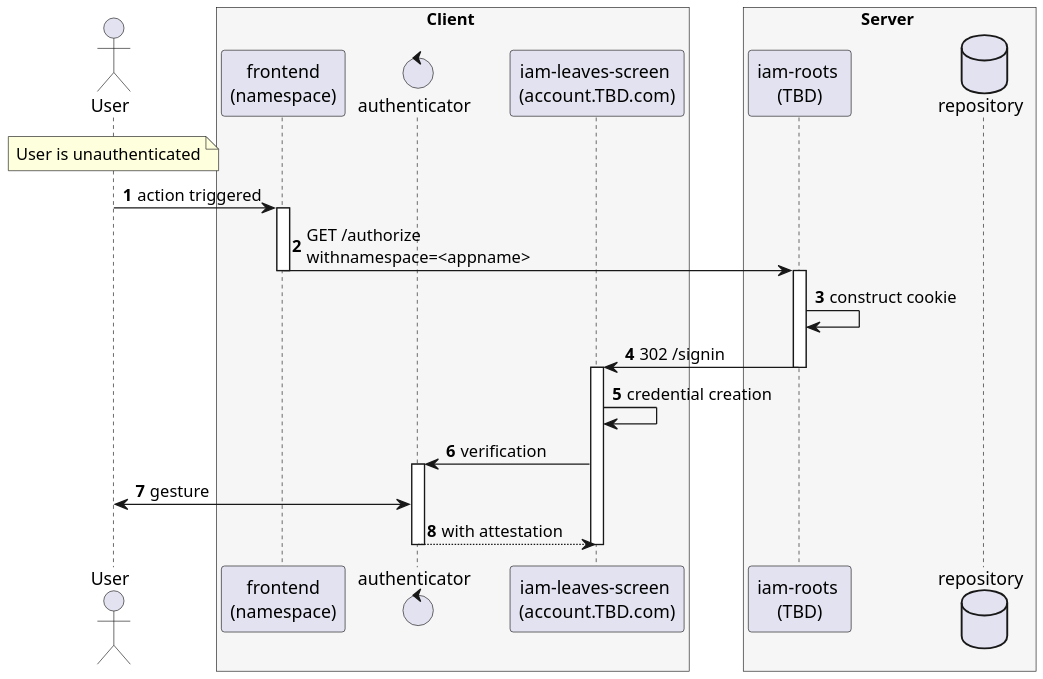
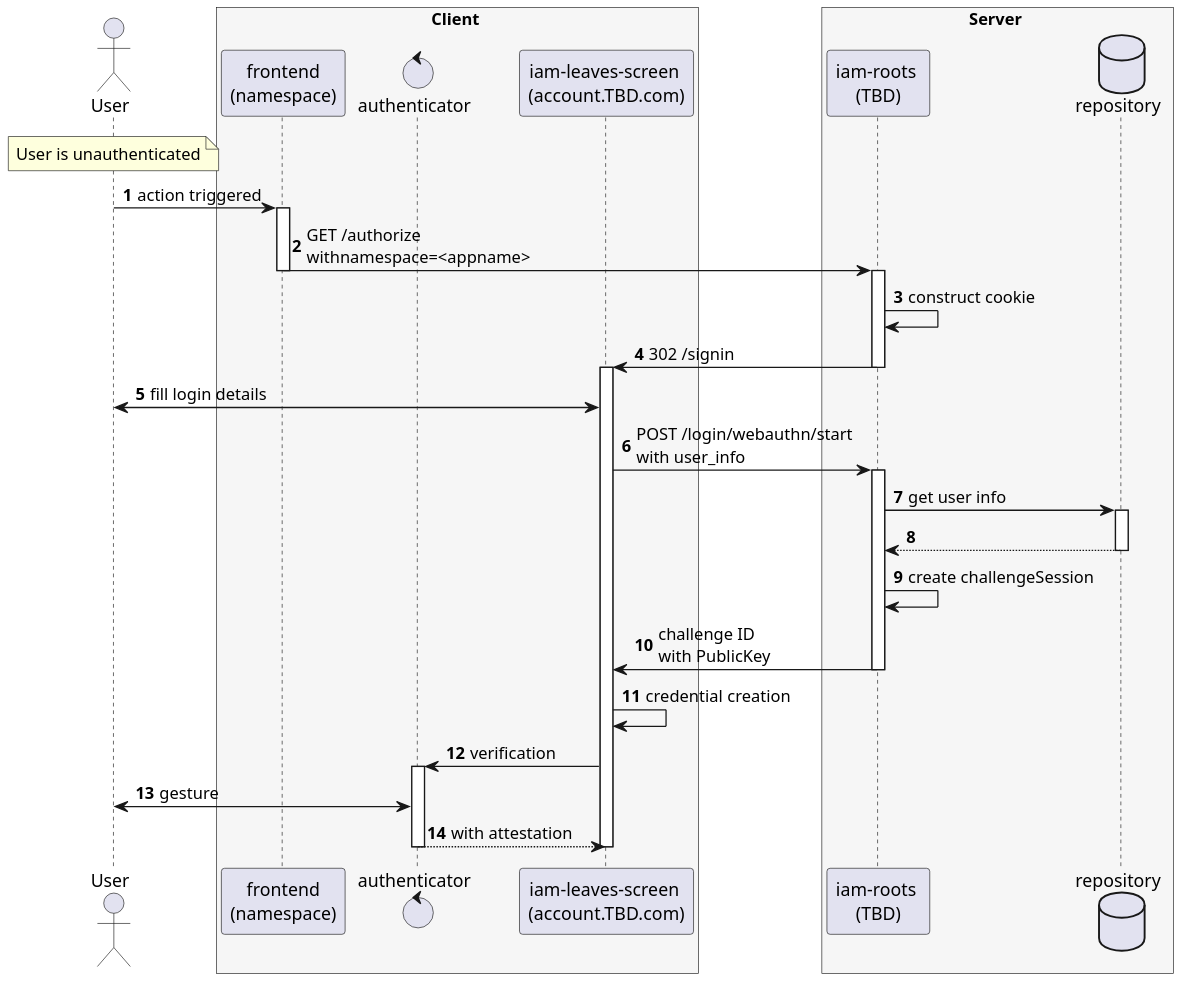
One commit to areugoh/proto changed the third of 3 diagrams in proto/iam-roots/api/v1/design-doc.md. Above: the diagram before and after it, drawn with PlantUML. The commit also changed other lines of this file, not shown here.

````diff
--- a/proto/iam-roots/api/v1/design-doc.md
+++ b/proto/iam-roots/api/v1/design-doc.md
@@ -108,55 +124,64 @@
 ```plantuml
 @startuml registration-details
 skinparam dpi 160
 skinparam monochome false
 skinparam BoxPadding 10
 
 actor User as U
 
 box Client #f6f6f6
 participant "frontend\n(namespace)" as F
 control "authenticator" as A
 participant "iam-leaves-screen \n(account.TBD.com)" as IAML
 end box
 
 box Server #f6f6f6
 participant "iam-roots \n(TBD)" as IAMR
 database "repository" as R
 end box
 
 autonumber
 
 note over U
 User is unauthenticated
 end note
 
 
 U -> F: action triggered
 
 
 activate F
 F -> IAMR: GET /authorize \nwithnamespace=<appname>
 deactivate F
 
 
 activate IAMR
 IAMR -> IAMR: construct cookie
 IAMR -> IAML: 302 /signin
 deactivate IAMR
+activate IAML
 
 
-activate IAML
-
+IAML <-> U: fill login details
+IAML -> IAMR: POST /login/webauthn/start \nwith user_info
+activate IAMR
+IAMR -> R: get user info
+activate R
+R --> IAMR
+deactivate R
+IAMR -> IAMR: create challengeSession
+IAMR -> IAML: challenge ID \nwith PublicKey
+deactivate IAMR
 
 
 IAML -> IAML: credential creation
 IAML -> A: verification
 activate A
 A <-> U: gesture
 A --> IAML: with attestation
 deactivate A
 
 
 
 deactivate IAML
 ```
````
